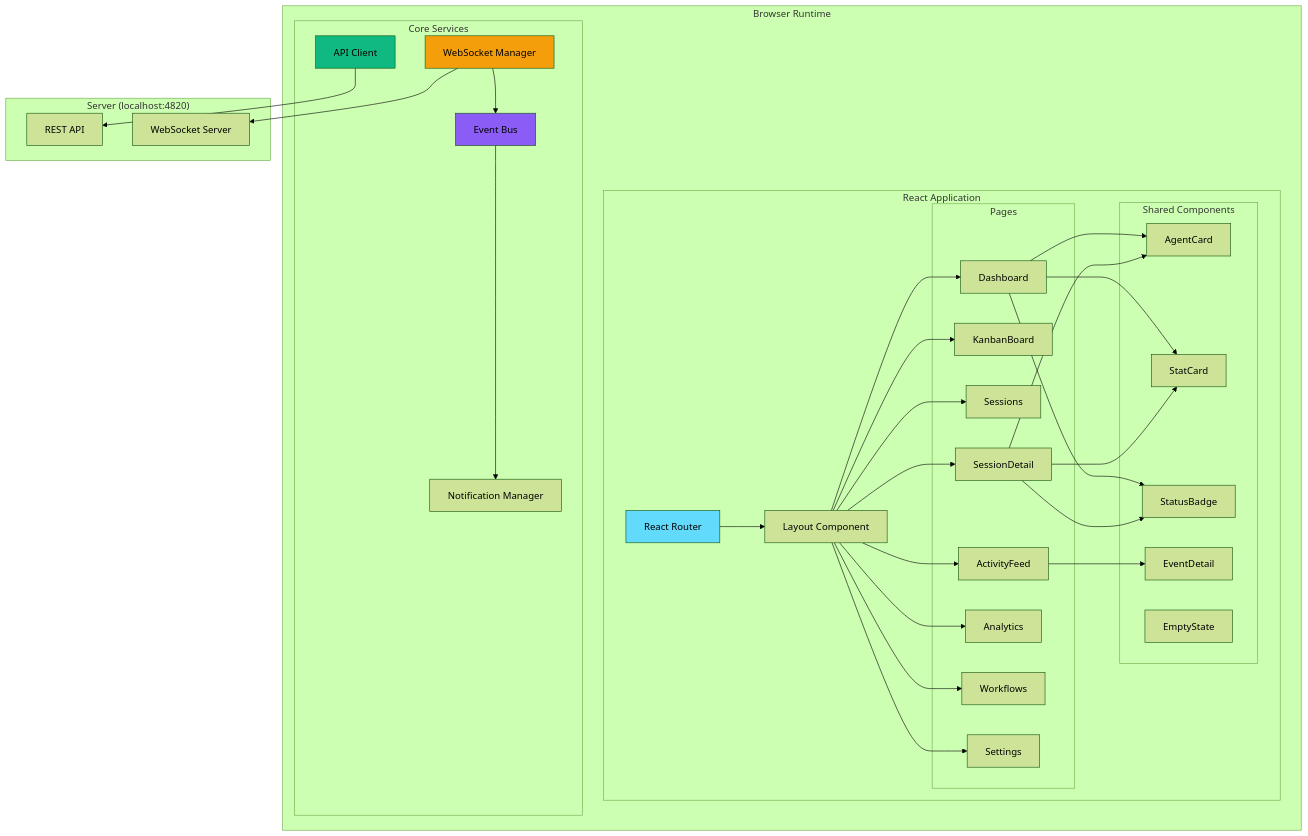
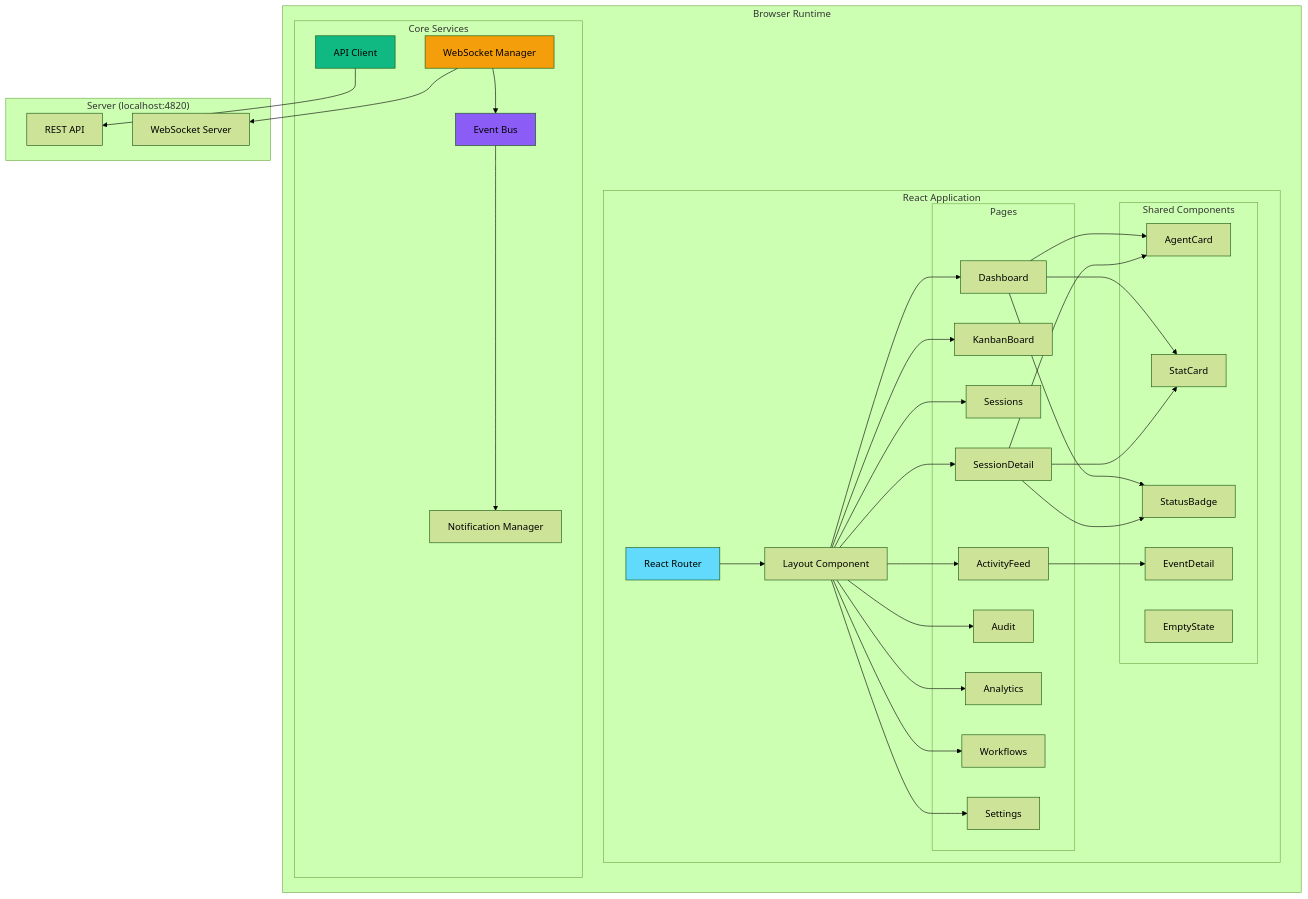
One commit to hoangsonww/Claude-Code-Agent-Monitor changed the first of 19 diagrams in client/README.md. Above: the diagram before and after it, drawn with Mermaid (forest theme). The commit also changed other lines of this file and 16 other files, not shown here.

````diff
--- a/client/README.md
+++ b/client/README.md
@@ -78,54 +78,55 @@
 ```mermaid
 graph TB
     subgraph "Browser Runtime"
         subgraph "React Application"
             Router[React Router]
             Layout[Layout Component]
             
             subgraph "Pages"
                 Home[Dashboard]
                 Kanban[KanbanBoard]
                 Sessions[Sessions]
                 Detail[SessionDetail]
                 Feed[ActivityFeed]
+                Audit[Audit]
                 Analytics[Analytics]
                 Workflows[Workflows]
                 Settings[Settings]
             end
             
             subgraph "Shared Components"
                 AgentCard[AgentCard]
                 StatCard[StatCard]
                 StatusBadge[StatusBadge]
                 EventDetail[EventDetail]
                 EmptyState[EmptyState]
             end
         end
         
         subgraph "Core Services"
             API[API Client]
             WS[WebSocket Manager]
             Bus[Event Bus]
             Notif[Notification Manager]
         end
     end
     
     subgraph "Server (localhost:4820)"
         REST[REST API]
         WSS[WebSocket Server]
     end
     
     Router --> Layout
-    Layout --> Home & Kanban & Sessions & Detail & Feed & Analytics & Workflows & Settings
+    Layout --> Home & Kanban & Sessions & Detail & Feed & Audit & Analytics & Workflows & Settings
     Home & Detail --> AgentCard & StatCard & StatusBadge
     Feed --> EventDetail
     API --> REST
     WS --> WSS
     Bus --> Notif
     WS --> Bus
     
     style Router fill:#61DAFB
     style API fill:#10B981
     style WS fill:#F59E0B
     style Bus fill:#8B5CF6
 ```
````
